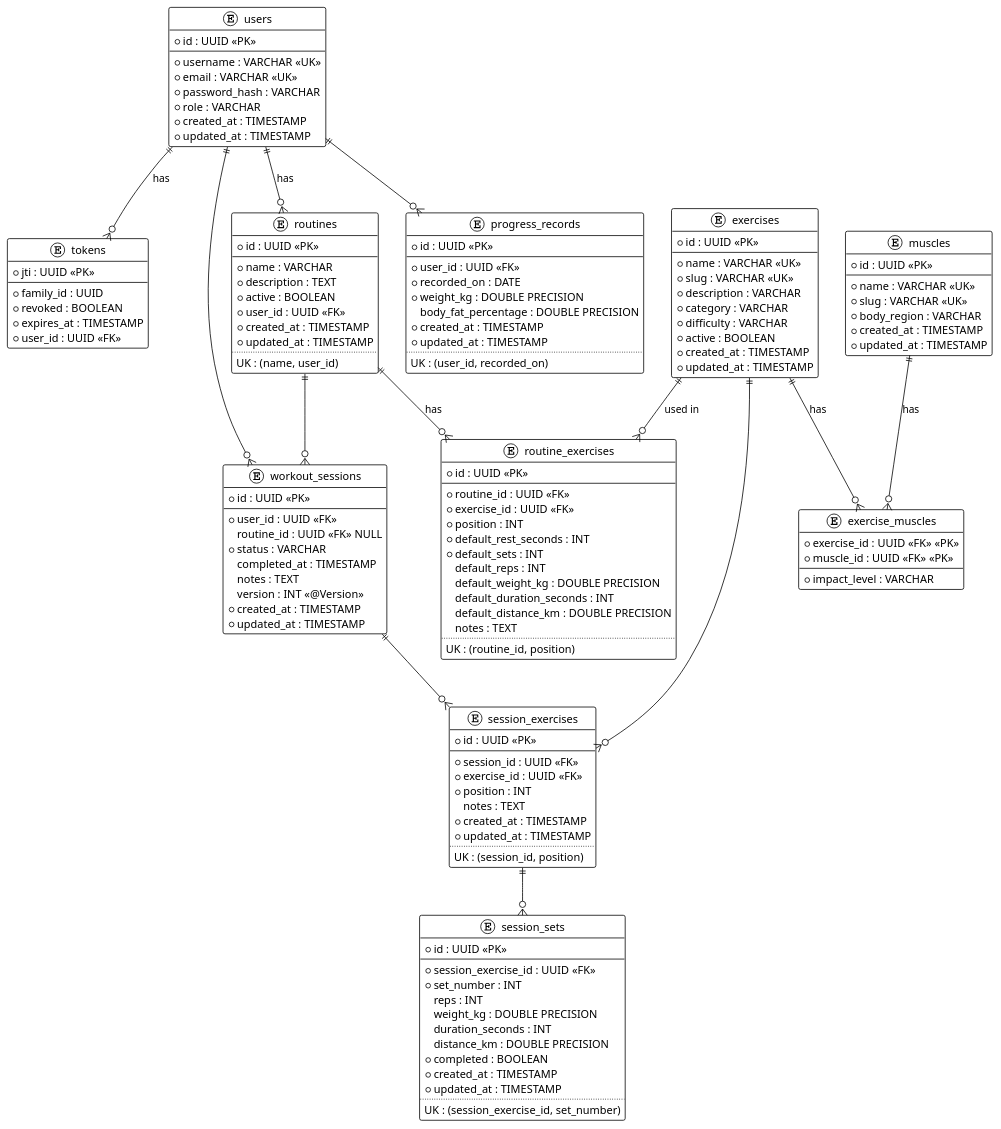
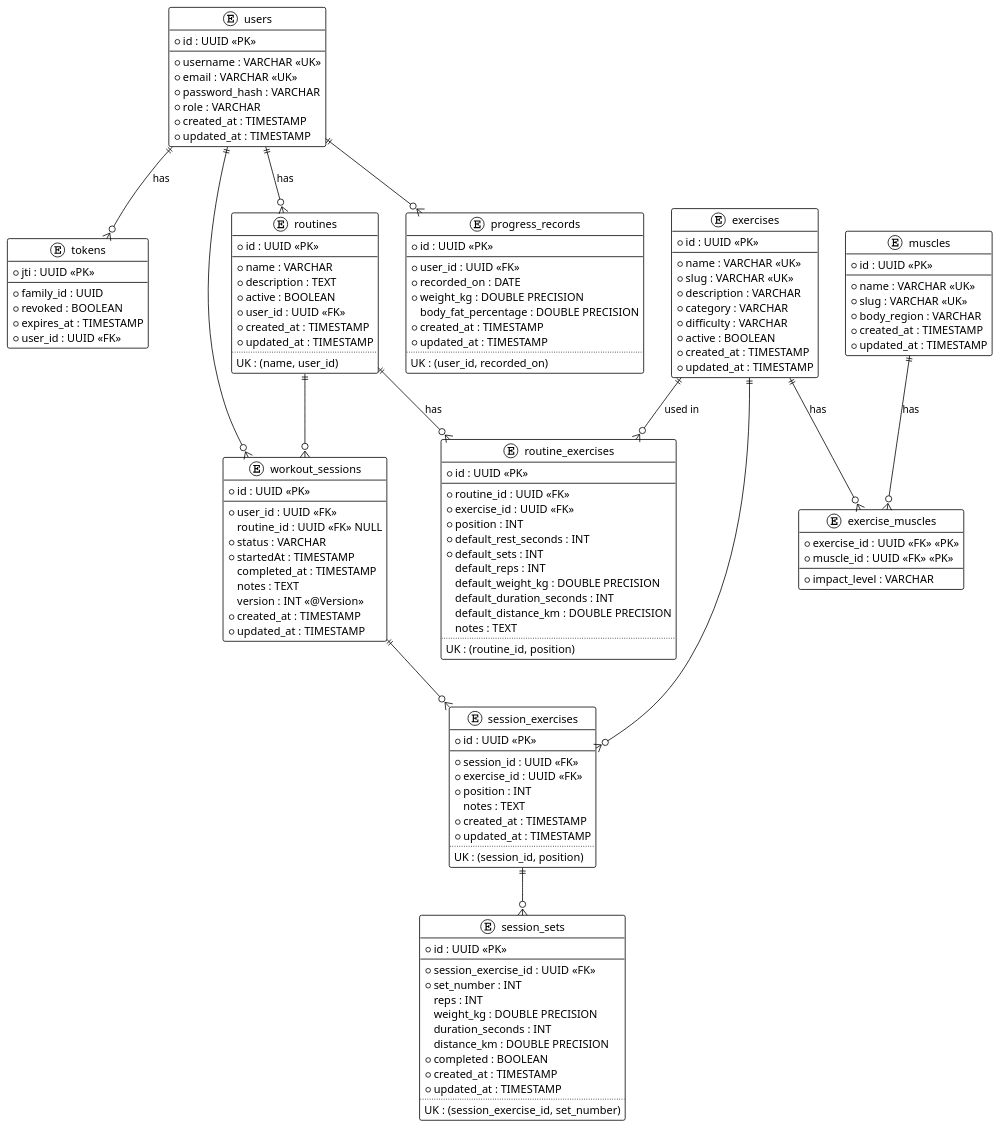
Before and after one commit to genesshoan/fitness-tracker-api: the diagram in docs/er.puml, drawn with PlantUML. The commit also changed 4 other files, not shown here.

```diff
--- a/docs/er.puml
+++ b/docs/er.puml
@@ -1,152 +1,153 @@
 @startuml
 !theme plain
 
 entity "users" {
     * id : UUID <<PK>>
     --
     * username : VARCHAR <<UK>>
     * email : VARCHAR <<UK>>
     * password_hash : VARCHAR
     * role : VARCHAR
     * created_at : TIMESTAMP
     * updated_at : TIMESTAMP
 }
 
 entity "tokens" {
     * jti : UUID <<PK>>
     --
     * family_id : UUID
     * revoked : BOOLEAN
     * expires_at : TIMESTAMP
     * user_id : UUID <<FK>>
 }
 
 entity "muscles" {
     * id : UUID <<PK>>
     --
     * name : VARCHAR <<UK>>
     * slug : VARCHAR <<UK>>
     * body_region : VARCHAR
     * created_at : TIMESTAMP
     * updated_at : TIMESTAMP
 }
 
 entity "exercises" {
     * id : UUID <<PK>>
     --
     * name : VARCHAR <<UK>>
     * slug : VARCHAR <<UK>>
     * description : VARCHAR
     * category : VARCHAR
     * difficulty : VARCHAR
     * active : BOOLEAN
     * created_at : TIMESTAMP
     * updated_at : TIMESTAMP
 }
 
 entity "exercise_muscles" {
     * exercise_id : UUID <<FK>> <<PK>>
     * muscle_id : UUID <<FK>> <<PK>>
     --
     * impact_level : VARCHAR
 }
 
 entity "routines" {
     * id : UUID <<PK>>
     --
     * name : VARCHAR
     * description : TEXT
     * active : BOOLEAN
     * user_id : UUID <<FK>>
     * created_at : TIMESTAMP
     * updated_at : TIMESTAMP
     ..
     UK : (name, user_id)
 }
 
 entity "routine_exercises" {
     * id : UUID <<PK>>
     --
     * routine_id : UUID <<FK>>
     * exercise_id : UUID <<FK>>
     * position : INT
     * default_rest_seconds : INT
     * default_sets : INT
     default_reps : INT
     default_weight_kg : DOUBLE PRECISION
     default_duration_seconds : INT
     default_distance_km : DOUBLE PRECISION
     notes : TEXT
     ..
     UK : (routine_id, position)
 }
 
 entity "workout_sessions" {
     * id : UUID <<PK>>
     --
     * user_id : UUID <<FK>>
     routine_id : UUID <<FK>> NULL
     * status : VARCHAR
+    * startedAt : TIMESTAMP
     completed_at : TIMESTAMP
     notes : TEXT
     version : INT <<@Version>>
     * created_at : TIMESTAMP
     * updated_at : TIMESTAMP
 }
 
 entity "session_exercises" {
     * id : UUID <<PK>>
     --
     * session_id : UUID <<FK>>
     * exercise_id : UUID <<FK>>
     * position : INT
     notes : TEXT
     * created_at : TIMESTAMP
     * updated_at : TIMESTAMP
     ..
     UK : (session_id, position)
 }
 
 entity "session_sets" {
     * id : UUID <<PK>>
     --
     * session_exercise_id : UUID <<FK>>
     * set_number : INT
     reps : INT
     weight_kg : DOUBLE PRECISION
     duration_seconds : INT
     distance_km : DOUBLE PRECISION
     * completed : BOOLEAN
     * created_at : TIMESTAMP
     * updated_at : TIMESTAMP
     ..
     UK : (session_exercise_id, set_number)
 }
 
 entity "progress_records" {
     * id : UUID <<PK>>
     --
     * user_id : UUID <<FK>>
     * recorded_on : DATE
     * weight_kg : DOUBLE PRECISION
     body_fat_percentage : DOUBLE PRECISION
     * created_at : TIMESTAMP
     * updated_at : TIMESTAMP
     ..
     UK : (user_id, recorded_on)
 }
 
 "exercises" ||--o{ "exercise_muscles" : "has"
 "muscles" ||--o{ "exercise_muscles" : "has"
 "users" ||--o{ "tokens" : "has"
 "users" ||--o{ "routines" : "has"
 "routines" ||--o{ "routine_exercises" : "has"
 "exercises" ||--o{ "routine_exercises" : "used in"
 "users" ||--o{ "workout_sessions"
 "routines" ||--o{ "workout_sessions"
 "workout_sessions" ||--o{ "session_exercises"
 "exercises" ||--o{ "session_exercises"
 "session_exercises" ||--o{ "session_sets"
 "users" ||--o{ "progress_records"
 
 @enduml
```
